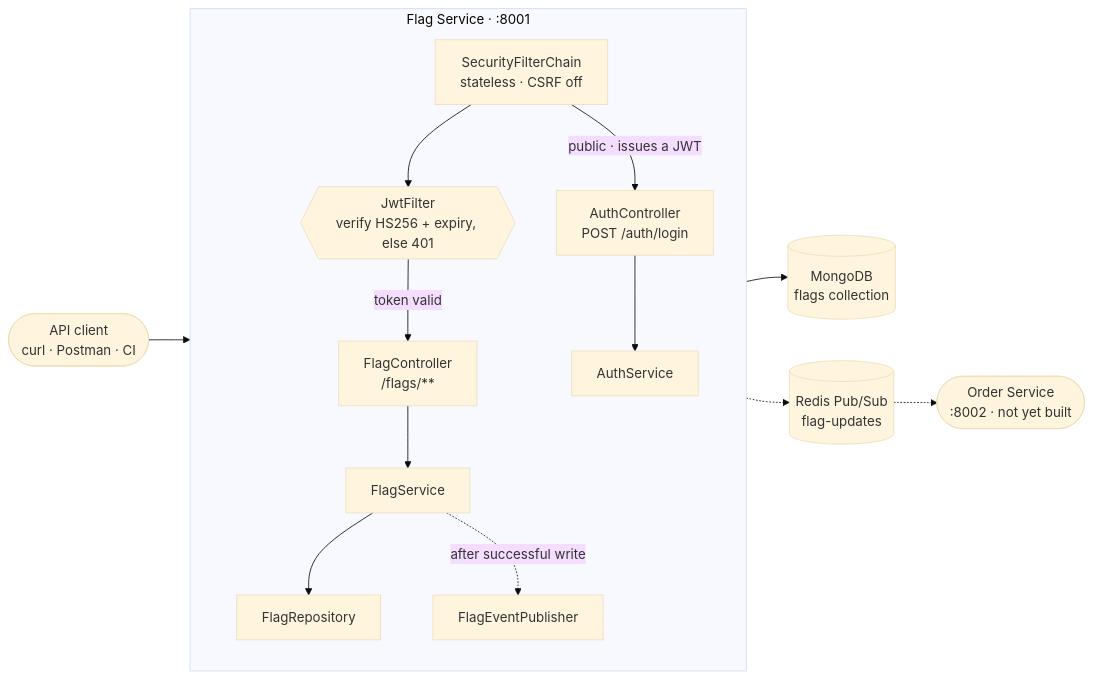
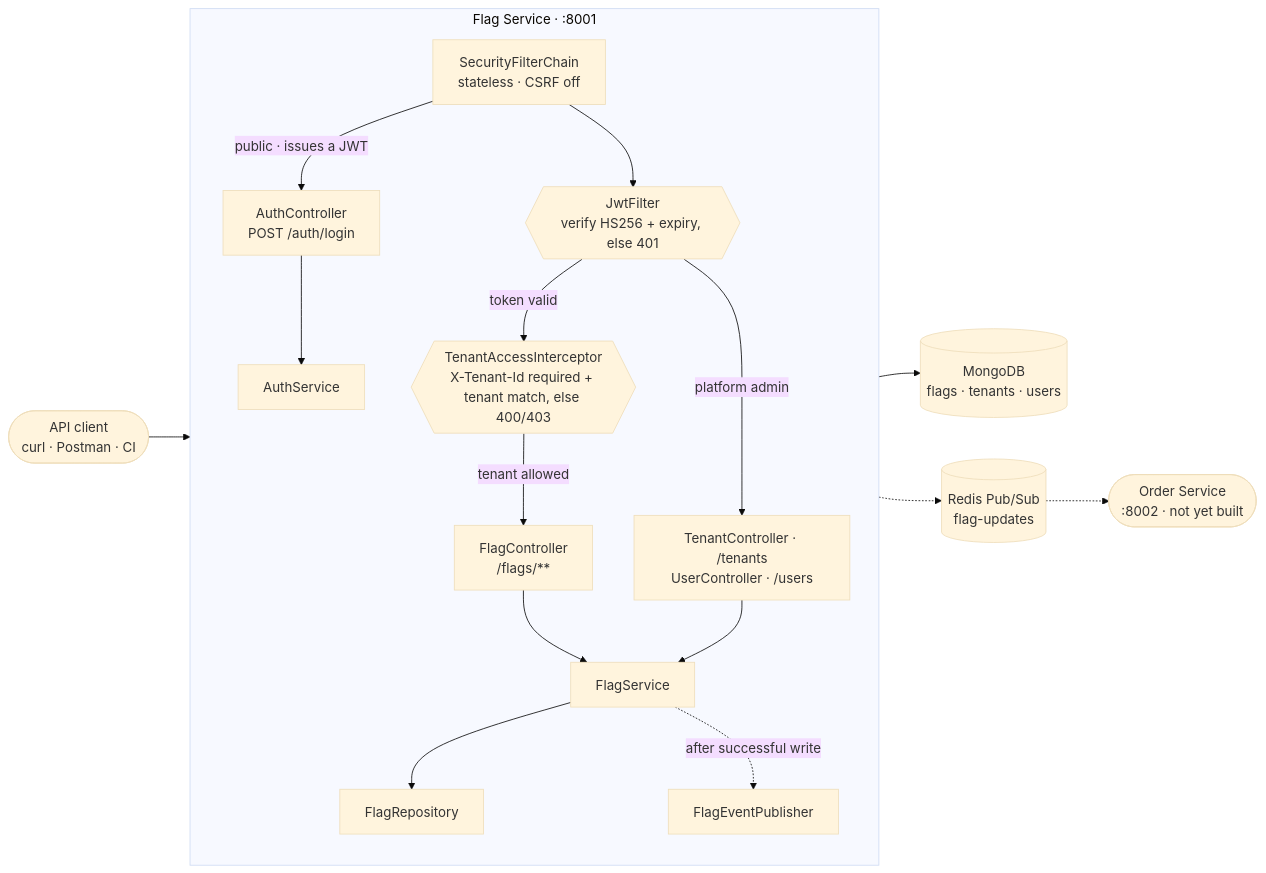
One commit to nitinryali/FF-Service changed the first of 4 diagrams in README.md. Above: the diagram before and after it, drawn with Mermaid (base theme). The commit also changed other lines of this file and 32 other files, not shown here.

````diff
--- a/README.md
+++ b/README.md
@@ -65,32 +67,37 @@
 ```mermaid
 flowchart LR
     Client(["API client<br/>curl · Postman · CI"])
 
     subgraph SVC["Flag Service · :8001"]
         direction TB
         Sec["SecurityFilterChain<br/>stateless · CSRF off"]
         Jwt{{"JwtFilter<br/>verify HS256 + expiry, else 401"}}
+        Tenant{{"TenantAccessInterceptor<br/>X-Tenant-Id required + tenant match, else 400/403"}}
         Auth["AuthController<br/>POST /auth/login"]
+        Admin["TenantController · /tenants<br/>UserController · /users"]
         Flags["FlagController<br/>/flags/**"]
         AS["AuthService"]
         FS["FlagService"]
         Repo["FlagRepository"]
         Pub["FlagEventPublisher"]
     end
 
-    Mongo[("MongoDB<br/>flags collection")]
+    Mongo[("MongoDB<br/>flags · tenants · users")]
     Redis[("Redis Pub/Sub<br/>flag-updates")]
     Order(["Order Service<br/>:8002 · not yet built"])
 
     Client --> Sec
     Sec -->|"public · issues a JWT"| Auth
     Sec --> Jwt
-    Jwt -->|"token valid"| Flags
+    Jwt -->|"token valid"| Tenant
+    Jwt -->|"platform admin"| Admin
+    Tenant -->|"tenant allowed"| Flags
     Auth --> AS
+    Admin --> FS
     Flags --> FS
     FS --> Repo
     Repo --> Mongo
     FS -.->|"after successful write"| Pub
     Pub -.-> Redis
     Redis -.-> Order
 ```
````
